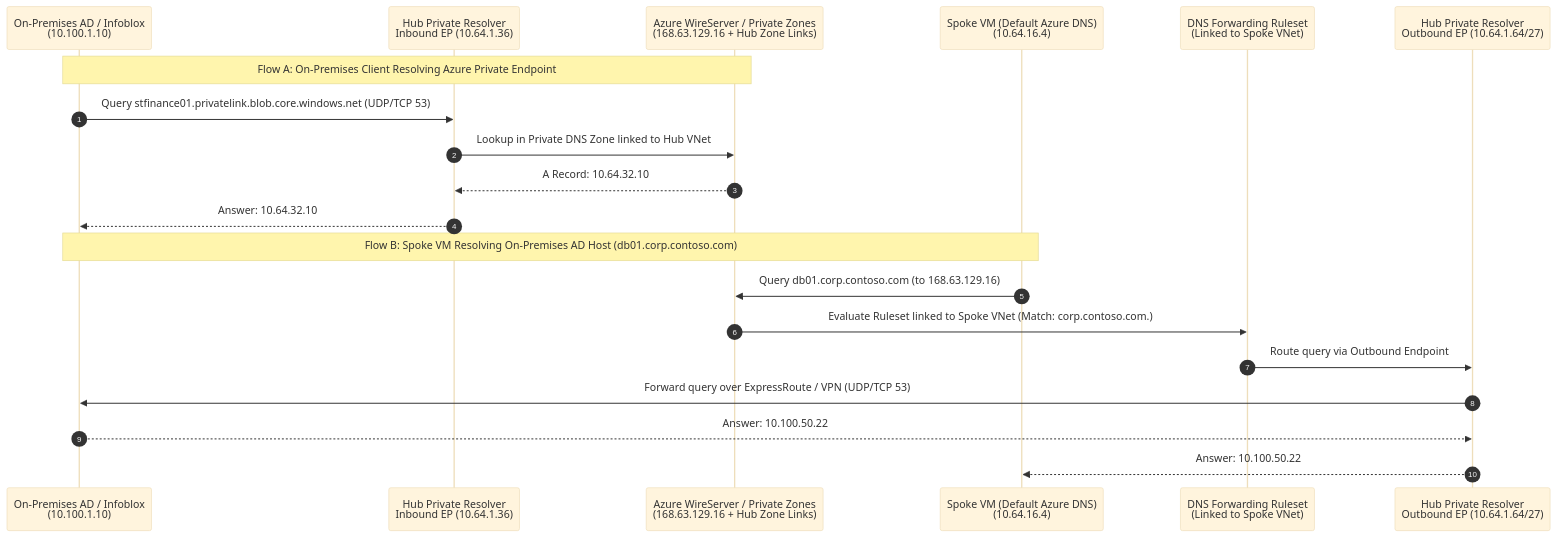
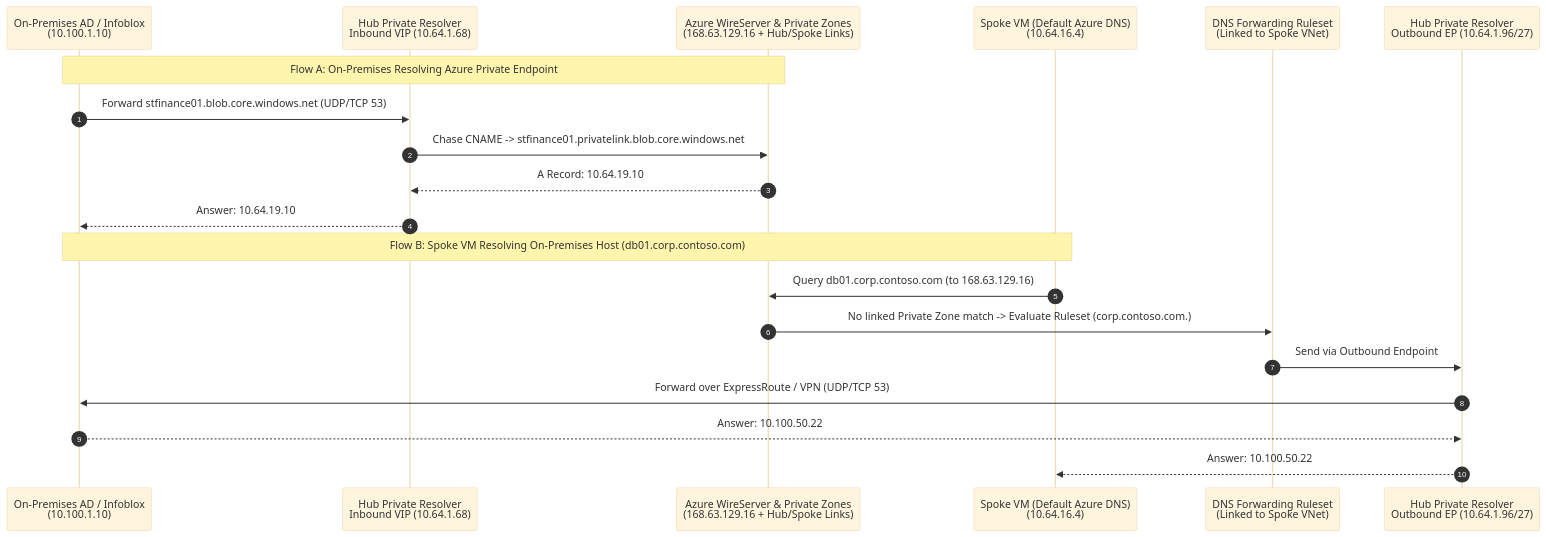
Before and after one commit to jonathan-vella/azure-networking: the diagram in src/content/docs/01-foundations/dns-and-private-resolver.md, drawn with Mermaid (base theme). The commit also changed other lines of this file and 5 other files, not shown here.

````diff
--- a/src/content/docs/01-foundations/dns-and-private-resolver.md
+++ b/src/content/docs/01-foundations/dns-and-private-resolver.md
@@ -45,24 +47,24 @@
 ```mermaid
 sequenceDiagram
   autonumber
   participant OnPremDNS as On-Premises AD / Infoblox<br/>(10.100.1.10)
-  participant InboundEP as Hub Private Resolver<br/>Inbound EP (10.64.1.36)
-  participant AzureDNS as Azure WireServer / Private Zones<br/>(168.63.129.16 + Hub Zone Links)
+  participant InboundEP as Hub Private Resolver<br/>Inbound VIP (10.64.1.68)
+  participant AzureDNS as Azure WireServer & Private Zones<br/>(168.63.129.16 + Hub/Spoke Links)
   participant SpokeVM as Spoke VM (Default Azure DNS)<br/>(10.64.16.4)
   participant Ruleset as DNS Forwarding Ruleset<br/>(Linked to Spoke VNet)
-  participant OutboundEP as Hub Private Resolver<br/>Outbound EP (10.64.1.64/27)
+  participant OutboundEP as Hub Private Resolver<br/>Outbound EP (10.64.1.96/27)
 
-  Note over OnPremDNS,AzureDNS: Flow A: On-Premises Client Resolving Azure Private Endpoint
-  OnPremDNS->>InboundEP: Query stfinance01.privatelink.blob.core.windows.net (UDP/TCP 53)
-  InboundEP->>AzureDNS: Lookup in Private DNS Zone linked to Hub VNet
-  AzureDNS-->>InboundEP: A Record: 10.64.32.10
-  InboundEP-->>OnPremDNS: Answer: 10.64.32.10
+  Note over OnPremDNS,AzureDNS: Flow A: On-Premises Resolving Azure Private Endpoint
+  OnPremDNS->>InboundEP: Forward stfinance01.blob.core.windows.net (UDP/TCP 53)
+  InboundEP->>AzureDNS: Chase CNAME -> stfinance01.privatelink.blob.core.windows.net
+  AzureDNS-->>InboundEP: A Record: 10.64.19.10
+  InboundEP-->>OnPremDNS: Answer: 10.64.19.10
 
-  Note over SpokeVM,OnPremDNS: Flow B: Spoke VM Resolving On-Premises AD Host (db01.corp.contoso.com)
+  Note over SpokeVM,OnPremDNS: Flow B: Spoke VM Resolving On-Premises Host (db01.corp.contoso.com)
   SpokeVM->>AzureDNS: Query db01.corp.contoso.com (to 168.63.129.16)
-  AzureDNS->>Ruleset: Evaluate Ruleset linked to Spoke VNet (Match: corp.contoso.com.)
-  Ruleset->>OutboundEP: Route query via Outbound Endpoint
-  OutboundEP->>OnPremDNS: Forward query over ExpressRoute / VPN (UDP/TCP 53)
+  AzureDNS->>Ruleset: No linked Private Zone match -> Evaluate Ruleset (corp.contoso.com.)
+  Ruleset->>OutboundEP: Send via Outbound Endpoint
+  OutboundEP->>OnPremDNS: Forward over ExpressRoute / VPN (UDP/TCP 53)
   OnPremDNS-->>OutboundEP: Answer: 10.100.50.22
   OutboundEP-->>SpokeVM: Answer: 10.100.50.22
 ```
````
